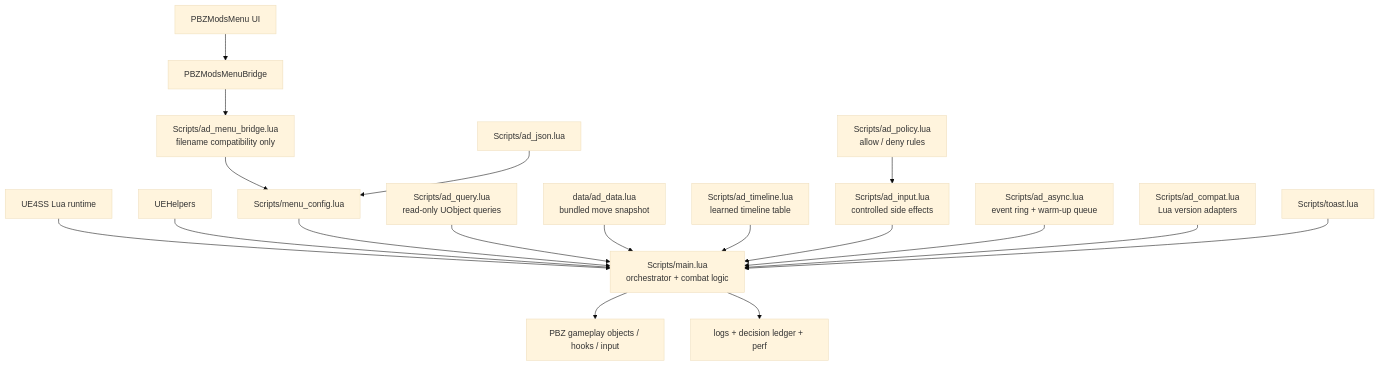
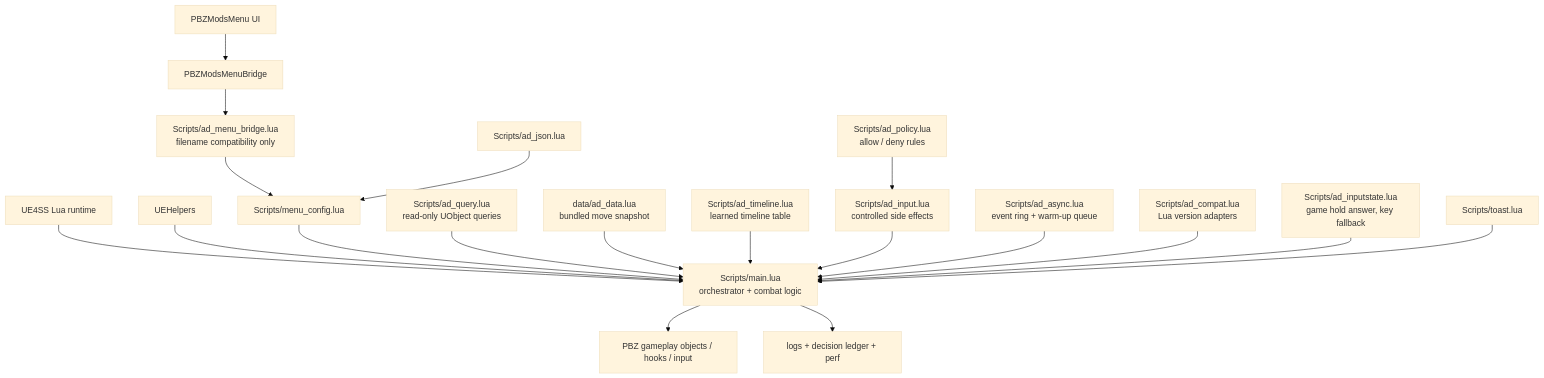
The first of 3 diagrams in docs/ARCHITECTURE.md (High-cla/auto-defense-next), drawn with Mermaid (base theme) before and after one commit. The commit also changed other lines of this file and 4 other files, not shown here.

```diff
--- a/docs/ARCHITECTURE.md
+++ b/docs/ARCHITECTURE.md
@@ -23,20 +23,21 @@
 ~~~mermaid
 flowchart TD
     UE4SS["UE4SS Lua runtime"] --> MAIN["Scripts/main.lua<br/>orchestrator + combat logic"]
     UEH["UEHelpers"] --> MAIN
     MENU["PBZModsMenu UI"] --> BRIDGE["PBZModsMenuBridge"]
     BRIDGE --> SHIM["Scripts/ad_menu_bridge.lua<br/>filename compatibility only"]
     SHIM --> CONFIG["Scripts/menu_config.lua"]
     JSON["Scripts/ad_json.lua"] --> CONFIG
     CONFIG --> MAIN
     QUERY["Scripts/ad_query.lua<br/>read-only UObject queries"] --> MAIN
     DATA["data/ad_data.lua<br/>bundled move snapshot"] --> MAIN
     TL["Scripts/ad_timeline.lua<br/>learned timeline table"] --> MAIN
     POLICY["Scripts/ad_policy.lua<br/>allow / deny rules"] --> INPUT["Scripts/ad_input.lua<br/>controlled side effects"]
     INPUT --> MAIN
     ASYNC["Scripts/ad_async.lua<br/>event ring + warm-up queue"] --> MAIN
     COMPAT["Scripts/ad_compat.lua<br/>Lua version adapters"] --> MAIN
+    INPUTSTATE["Scripts/ad_inputstate.lua<br/>game hold answer, key fallback"] --> MAIN
     TOAST["Scripts/toast.lua"] --> MAIN
     MAIN --> GAME["PBZ gameplay objects / hooks / input"]
     MAIN --> LOGS["logs + decision ledger + perf"]
 ~~~
```
